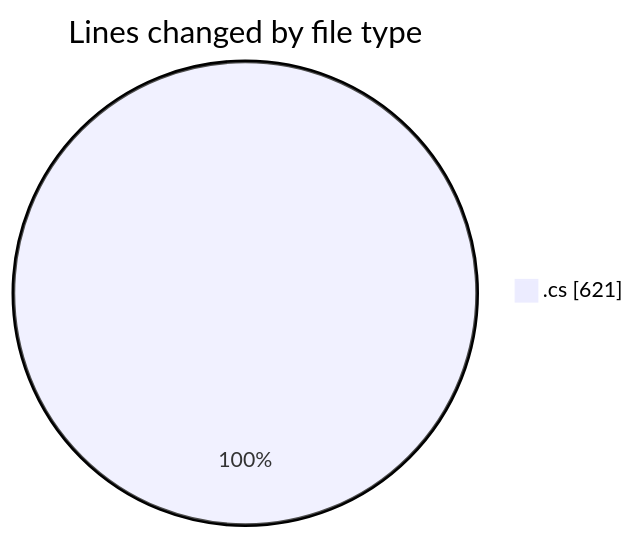
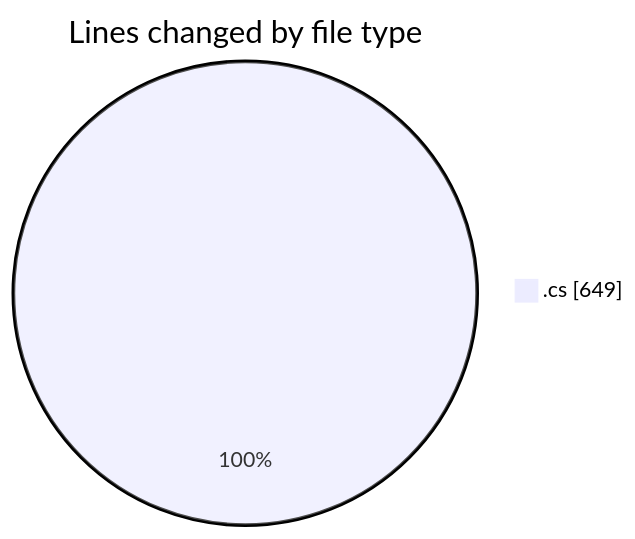
Before and after one commit to Netris89/code-tracking: the first of 2 diagrams in 2025-04-02/back-end/README.md, drawn with Mermaid. The commit also changed other lines of this file and 1 other file, not shown here.

````diff
--- a/2025-04-02/back-end/README.md
+++ b/2025-04-02/back-end/README.md
@@ -22,5 +22,5 @@
 ```mermaid
 pie showData
 title Lines changed by file type
-".cs" : 621
+".cs" : 649
 ```
````
